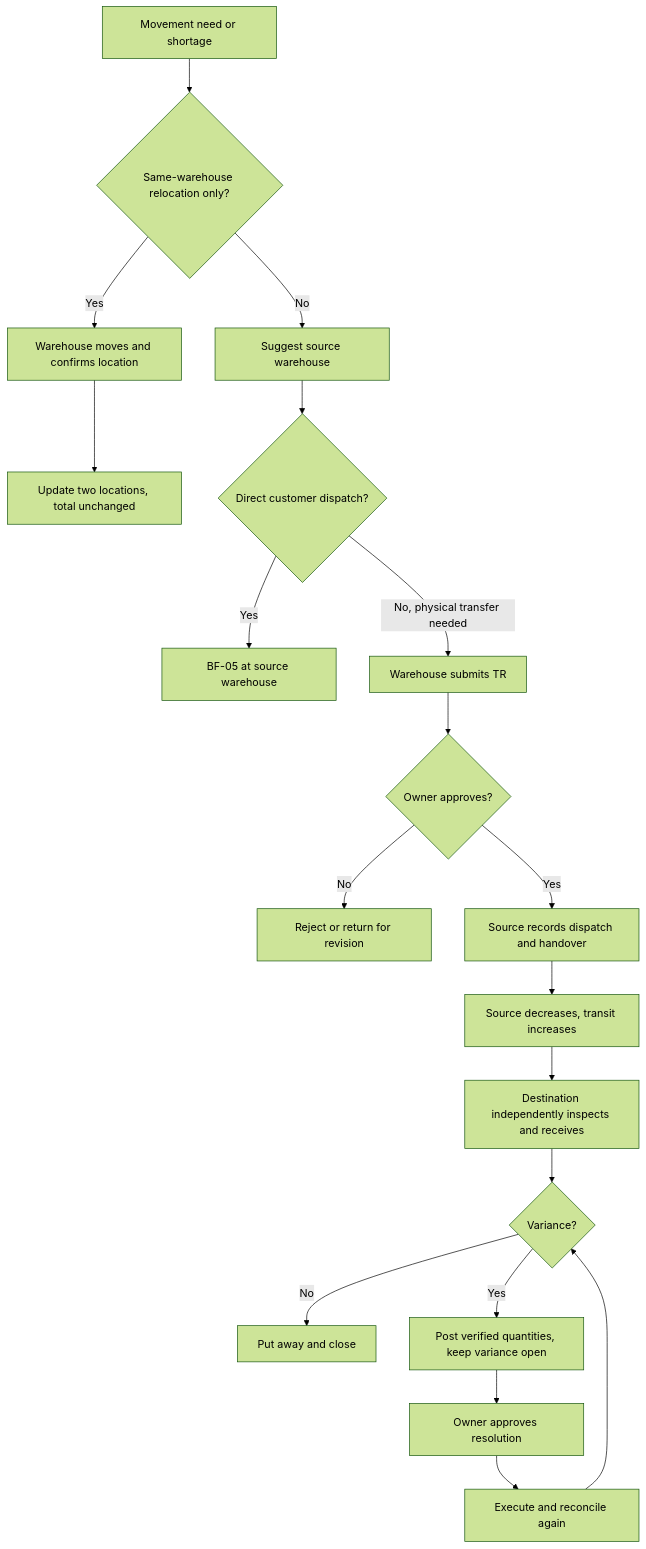
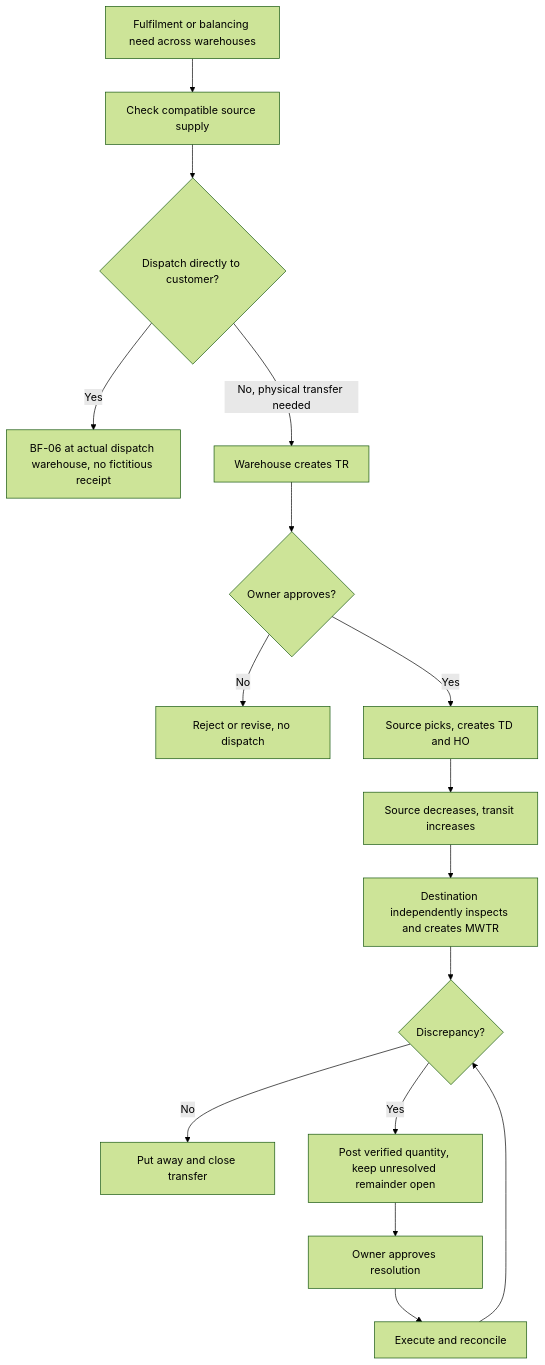
Before and after one commit to minhbach032003/docs_doan: the fifth of 9 diagrams in docs/02_nghiep_vu/de_xuat_quy_trinh_2_EN.md, drawn with Mermaid (forest theme). The commit also changed other lines of this file and 5 other files, not shown here.

Commit message:
docs: split warehouse flows and align sales data model

````diff
--- a/docs/02_nghiep_vu/de_xuat_quy_trinh_2_EN.md
+++ b/docs/02_nghiep_vu/de_xuat_quy_trinh_2_EN.md
@@ -655,21 +710,18 @@
 ```mermaid
 flowchart TD
- A[Movement need or shortage] --> B{Same-warehouse relocation only?}
- B -->|Yes| C[Warehouse moves and confirms location]
- C --> D[Update two locations, total unchanged]
- B -->|No| E[Suggest source warehouse]
- E --> F{Direct customer dispatch?}
- F -->|Yes| G[BF-05 at source warehouse]
- F -->|No, physical transfer needed| H[Warehouse submits TR]
- H --> I{Owner approves?}
- I -->|No| J[Reject or return for revision]
- I -->|Yes| K[Source records dispatch and handover]
- K --> L[Source decreases, transit increases]
- L --> M[Destination independently inspects and receives]
- M --> N{Variance?}
- N -->|No| O[Put away and close]
- N -->|Yes| P[Post verified quantities, keep variance open]
- P --> Q[Owner approves resolution]
- Q --> R[Execute and reconcile again]
- R --> N
+ A[Fulfilment or balancing need across warehouses] --> B[Check compatible source supply]
+ B --> C{Dispatch directly to customer?}
+ C -->|Yes| D[BF-06 at actual dispatch warehouse, no fictitious receipt]
+ C -->|No, physical transfer needed| E[Warehouse creates TR]
+ E --> F{Owner approves?}
+ F -->|No| G[Reject or revise, no dispatch]
+ F -->|Yes| H[Source picks, creates TD and HO]
+ H --> I[Source decreases, transit increases]
+ I --> J[Destination independently inspects and creates MWTR]
+ J --> K{Discrepancy?}
+ K -->|No| L[Put away and close transfer]
+ K -->|Yes| M[Post verified quantity, keep unresolved remainder open]
+ M --> N[Owner approves resolution]
+ N --> O[Execute and reconcile]
+ O --> K
 ```
````
